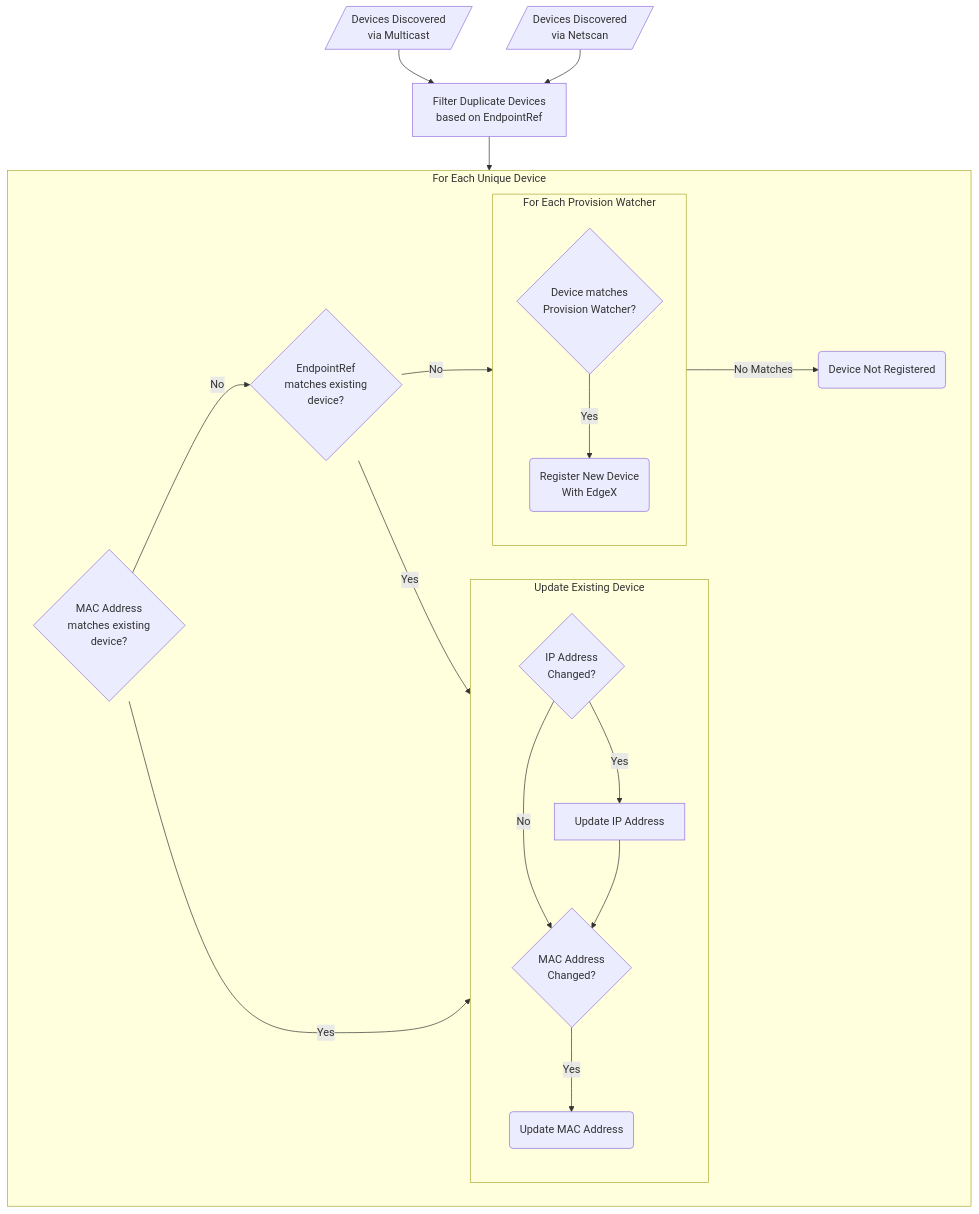
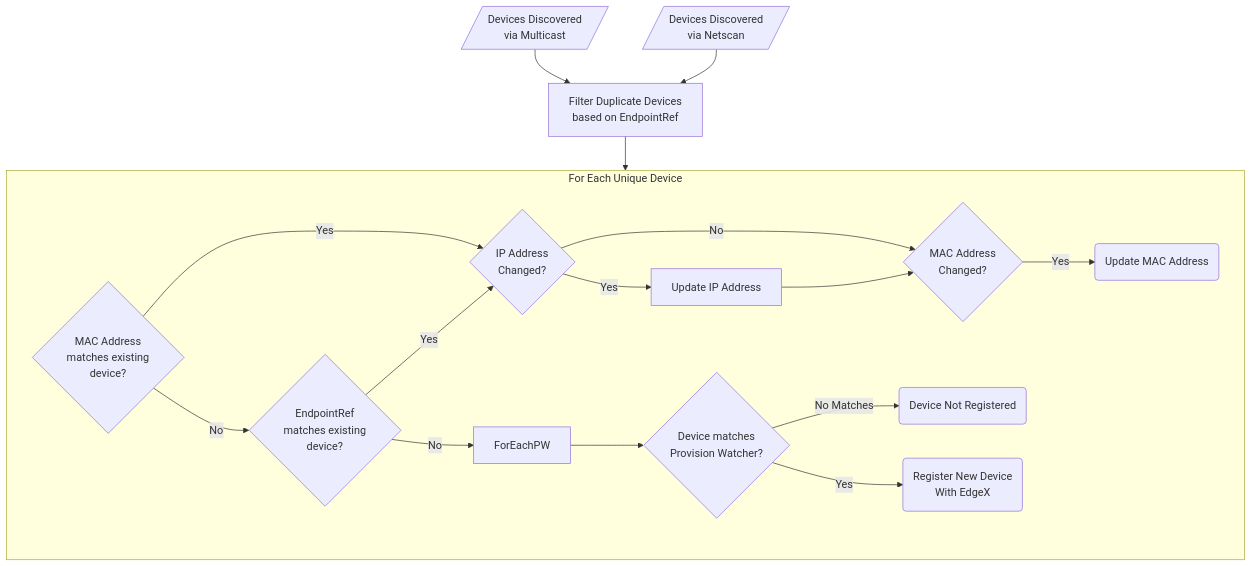
The second of 2 diagrams in docs_src/microservices/device/ONVIF/supplementary-info/auto-discovery.md (edgexfoundry/edgex-docs), drawn with Mermaid before and after one commit. The commit also changed other lines of this file and 3 other files, not shown here.

Commit message:
docs: include mermaid

```diff
--- a/docs_src/microservices/device/ONVIF/supplementary-info/auto-discovery.md
+++ b/docs_src/microservices/device/ONVIF/supplementary-info/auto-discovery.md
@@ -202,43 +201,37 @@
 <div class="mermaid">
-        %% Note: The node and edge definitions are split up to make it easier to adjust the
-        %% links between the various nodes.
-        flowchart TD;
-            %% -------- Node Definitions -------- %%
-            Multicast[/Devices Discovered<br/>via Multicast/]
-            Netscan[/Devices Discovered<br/>via Netscan/]
-            DupeFilter[Filter Duplicate Devices<br/>based on EndpointRef]    
-            MACMatches{MAC Address<br/>matches existing<br/>device?}
-            RefMatches{EndpointRef<br/>matches existing<br/>device?}
-            IPChanged{IP Address<br/>Changed?}
-            MACChanged{MAC Address<br/>Changed?}
-            UpdateIP[Update IP Address]
-            UpdateMAC(Update MAC Address)
-            RegisterDevice(Register New Device<br/>With EdgeX)
-            DeviceNotRegistered(Device Not Registered)
-            PWMatches{Device matches<br/>Provision Watcher?}
-            
-            %% -------- Graph Definitions -------- %%
-            Multicast --> DupeFilter
-            Netscan --> DupeFilter
-            DupeFilter --> ForEachDevice
-            subgraph ForEachDevice[For Each Unique Device]
-                MACMatches -->|Yes| UpdateDevice
-                MACMatches -->|No| RefMatches
-                RefMatches -->|Yes| UpdateDevice
-                RefMatches -->|No| ForEachPW
+%% Note: The node and edge definitions are split up to make it easier to adjust the
+%% links between the various nodes.
+flowchart TD
+    %% -------- Node Definitions -------- %%
+    Multicast[/Devices Discovered<br/>via Multicast/]
+    Netscan[/Devices Discovered<br/>via Netscan/]
+    DupeFilter[Filter Duplicate Devices<br/>based on EndpointRef]    
+    MACMatches{MAC Address<br/>matches existing<br/>device?}
+    RefMatches{EndpointRef<br/>matches existing<br/>device?}
+    IPChanged{IP Address<br/>Changed?}
+    MACChanged{MAC Address<br/>Changed?}
+    UpdateIP[Update IP Address]
+    UpdateMAC(Update MAC Address)
+    RegisterDevice(Register New Device<br/>With EdgeX)
+    DeviceNotRegistered(Device Not Registered)
+    PWMatches{Device matches<br/>Provision Watcher?}
+    
+    %% -------- Graph Definitions -------- %%
+    Multicast --> DupeFilter
+    Netscan --> DupeFilter
+    DupeFilter --> ForEachDevice
+    subgraph ForEachDevice[For Each Unique Device]
+        MACMatches -->|Yes| IPChanged
+        MACMatches -->|No| RefMatches
+        RefMatches -->|Yes| IPChanged
+        RefMatches -->|No| ForEachPW
+        ForEachPW --> PWMatches
+        PWMatches-->|No Matches| DeviceNotRegistered
+        IPChanged -->|No| MACChanged
+        IPChanged -->|Yes| UpdateIP
+        UpdateIP --> MACChanged
+        MACChanged -->|Yes| UpdateMAC
 
-                subgraph UpdateDevice[Update Existing Device]
-                    direction TB
-                    IPChanged -->|No| MACChanged
-                    IPChanged -->|Yes| UpdateIP
-                    UpdateIP --> MACChanged
-                    MACChanged -->|Yes| UpdateMAC
-                end
-                
-                subgraph ForEachPW[For Each Provision Watcher]
-                    direction TB
-                    PWMatches -->|Yes| RegisterDevice
-                end
-                ForEachPW -->|No Matches| DeviceNotRegistered
-            end
+        PWMatches -->|Yes| RegisterDevice
+    end
 </div>
```
